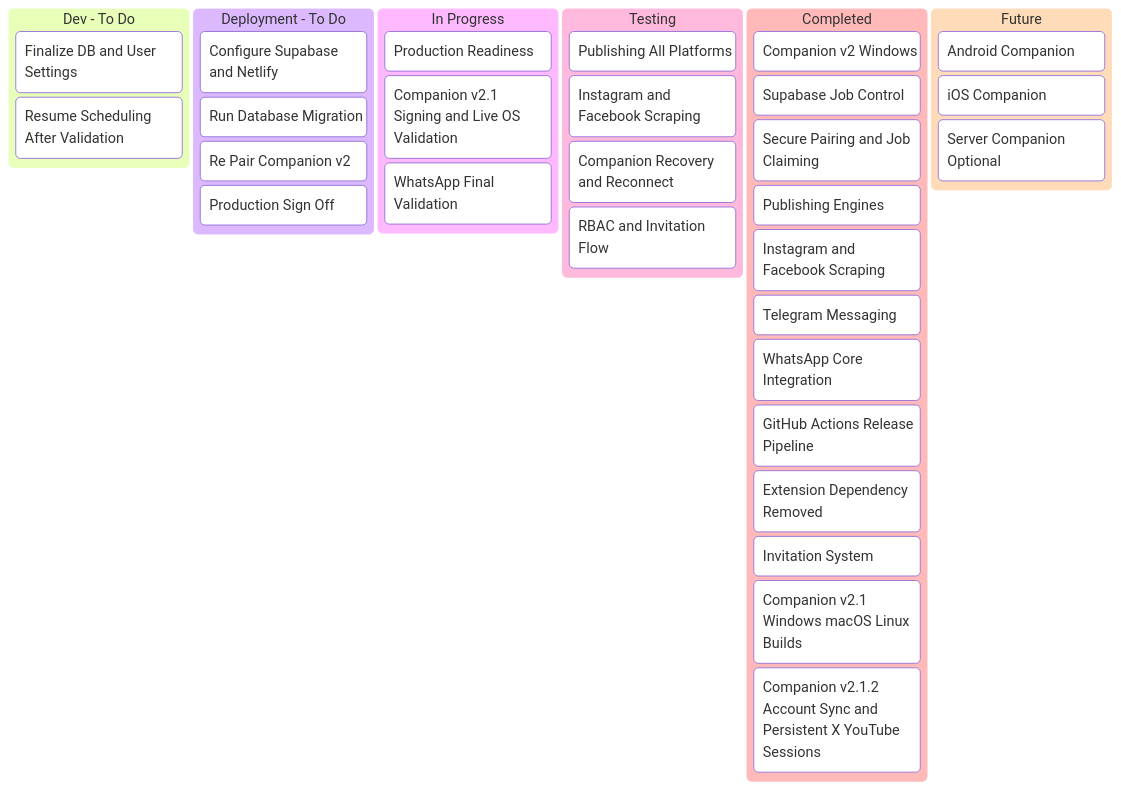
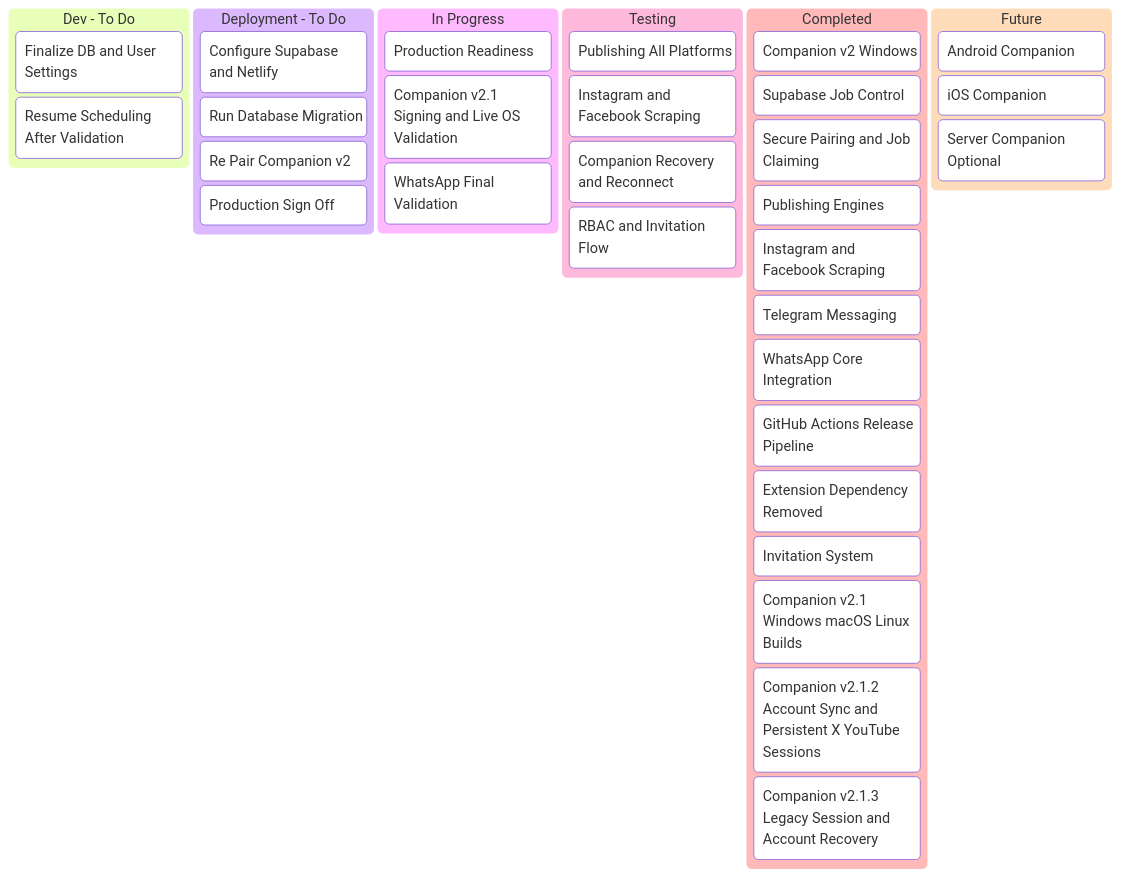
The first of 2 diagrams in agentic-that-project-tracker.md (tinitiateprime/agentic-that), drawn with Mermaid before and after one commit. The commit also changed 16 other files, not shown here.

````diff
--- a/agentic-that-project-tracker.md
+++ b/agentic-that-project-tracker.md
@@ -5,42 +5,43 @@
 ```mermaid
 kanban
   devTodo[Dev - To Do]
     dev1[Finalize DB and User Settings]
     dev2[Resume Scheduling After Validation]
 
   deploymentTodo[Deployment - To Do]
     dep1[Configure Supabase and Netlify]
     dep2[Run Database Migration]
     dep3[Re Pair Companion v2]
     dep4[Production Sign Off]
 
   inProgress[In Progress]
     prog1[Production Readiness]
     prog2[Companion v2.1 Signing and Live OS Validation]
     prog3[WhatsApp Final Validation]
 
   testing[Testing]
     test1[Publishing All Platforms]
     test2[Instagram and Facebook Scraping]
     test3[Companion Recovery and Reconnect]
     test4[RBAC and Invitation Flow]
 
   completed[Completed]
     done1[Companion v2 Windows]
     done2[Supabase Job Control]
     done3[Secure Pairing and Job Claiming]
     done4[Publishing Engines]
     done5[Instagram and Facebook Scraping]
     done6[Telegram Messaging]
     done7[WhatsApp Core Integration]
     done8[GitHub Actions Release Pipeline]
     done9[Extension Dependency Removed]
     done10[Invitation System]
     done11[Companion v2.1 Windows macOS Linux Builds]
     done12[Companion v2.1.2 Account Sync and Persistent X YouTube Sessions]
+    done13[Companion v2.1.3 Legacy Session and Account Recovery]
 
   future[Future]
     future1[Android Companion]
     future2[iOS Companion]
     future3[Server Companion Optional]
 ```
````
